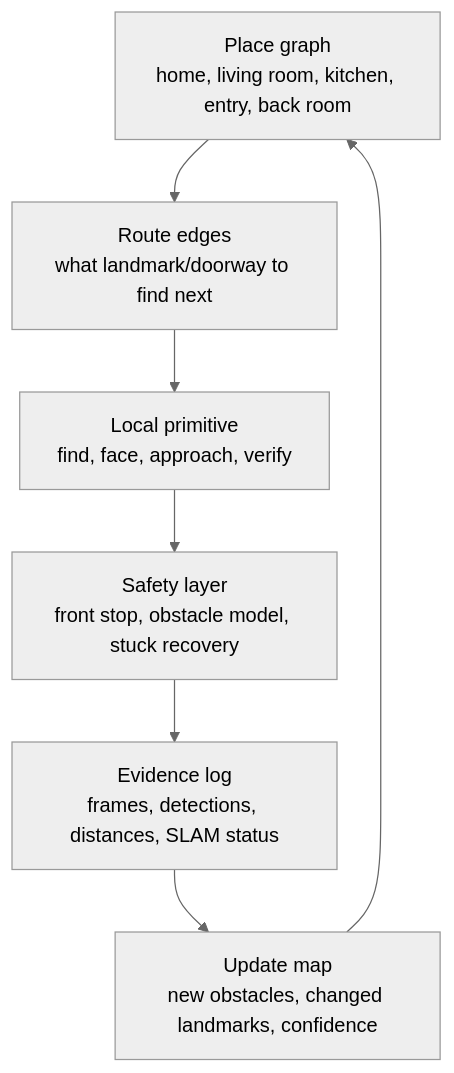
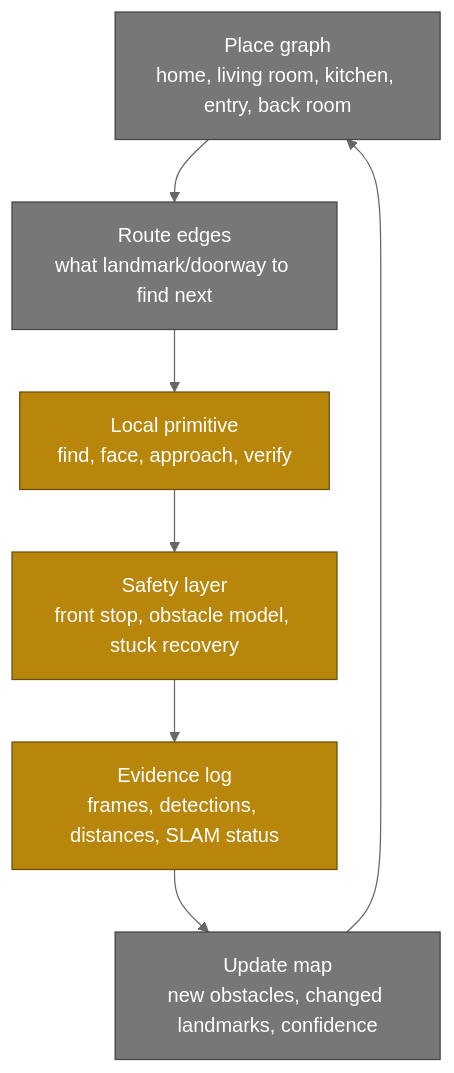
One commit to alexbhandari/pidog-public changed the sixth of 6 diagrams in ARCHITECTURE.md. Above: the diagram before and after it, drawn with Mermaid (neutral theme). The commit also changed other lines of this file, not shown here.

Commit message:
sync public docs: OVERVIEW + STATUS + ARCHITECTURE (+ recordings) (2026-06-18)

````diff
--- a/ARCHITECTURE.md
+++ b/ARCHITECTURE.md
@@ -299,9 +337,13 @@
 ```mermaid
 flowchart TD
   Places["Place graph<br/>home, living room, kitchen, entry, back room"] --> Edges["Route edges<br/>what landmark/doorway to find next"]
   Edges --> Primitive["Local primitive<br/>find, face, approach, verify"]
   Primitive --> Safety["Safety layer<br/>front stop, obstacle model, stuck recovery"]
   Safety --> Evidence["Evidence log<br/>frames, detections, distances, SLAM status"]
   Evidence --> Update["Update map<br/>new obstacles, changed landmarks, confidence"]
   Update --> Places
+  classDef wip fill:#b8860b,stroke:#6b4f08,color:#fff
+  classDef todo fill:#777,stroke:#444,color:#fff
+  class Primitive,Safety,Evidence wip
+  class Places,Edges,Update todo
 ```
````
